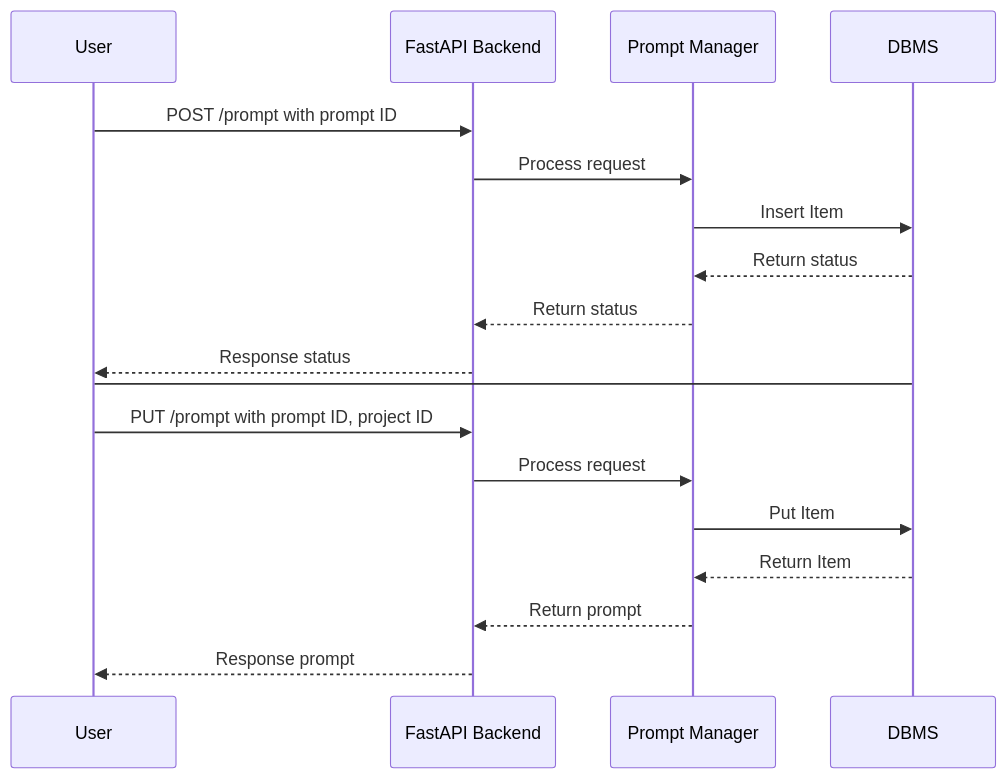
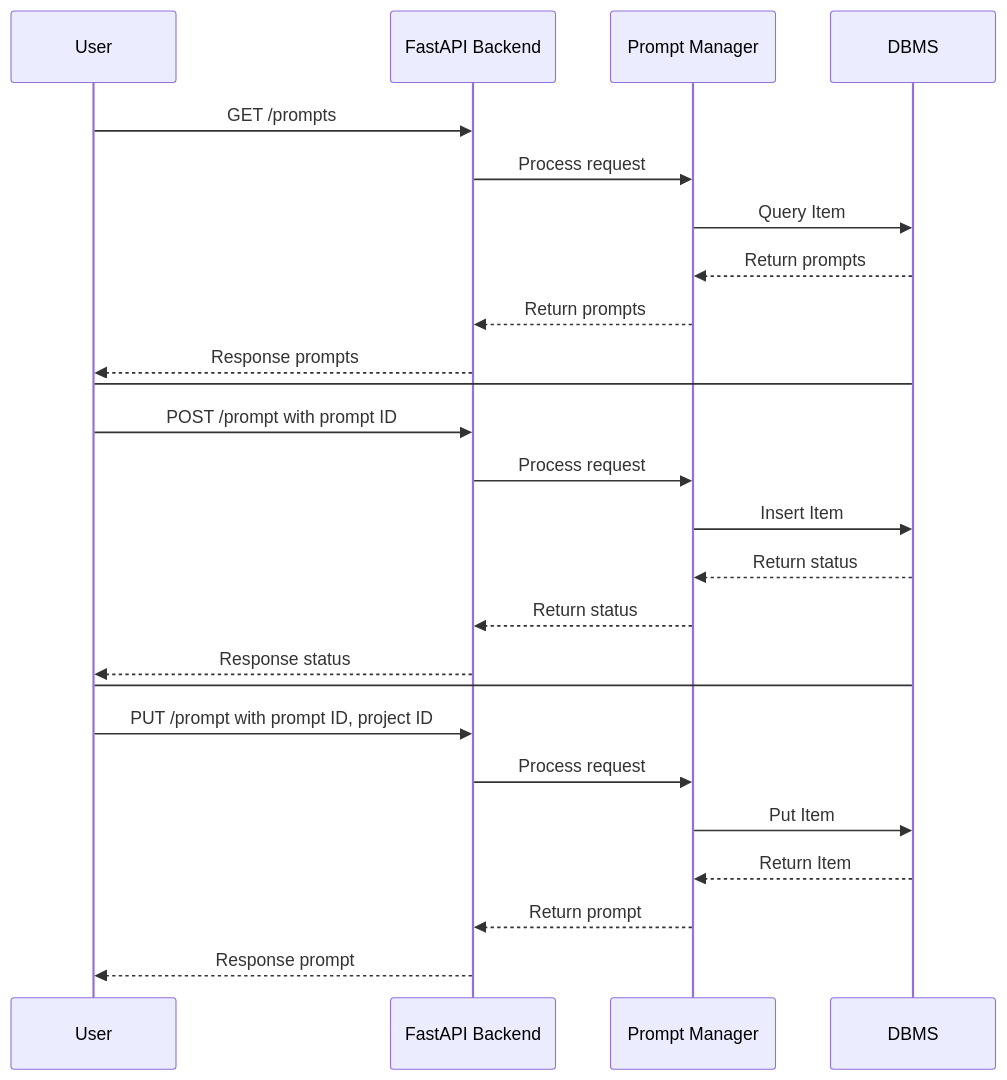
The third of 5 diagrams in README.md (MLWoops/better-assistant-be), drawn with Mermaid before and after one commit. The commit also changed 1 other file, not shown here.

Commit message:
ADD new path /prompts, GET Method, listing prompts

````diff
--- a/README.md
+++ b/README.md
@@ -170,24 +170,33 @@
 ```mermaid
 sequenceDiagram
     participant User
     participant API as FastAPI Backend
     participant PM as Prompt Manager
     participant DB as DBMS
-    
+
+    User->>API: GET /prompts
+    API->>PM: Process request
+    PM->>DB: Query Item
+    DB-->>PM: Return prompts
+    PM-->>API: Return prompts
+    API-->>User: Response prompts
+
+    User->DB: 
+
     User->>API: POST /prompt with prompt ID
     API->>PM: Process request
     PM->>DB: Insert Item
     DB-->>PM: Return status
     PM-->>API: Return status
     API-->>User: Response status
     
     User->DB: 
 
     User->>API: PUT /prompt with prompt ID, project ID
     API->>PM: Process request
     PM->>DB: Put Item
     DB-->>PM: Return Item
     PM-->>API: Return prompt
     API-->>User: Response prompt
 
 ```
````
